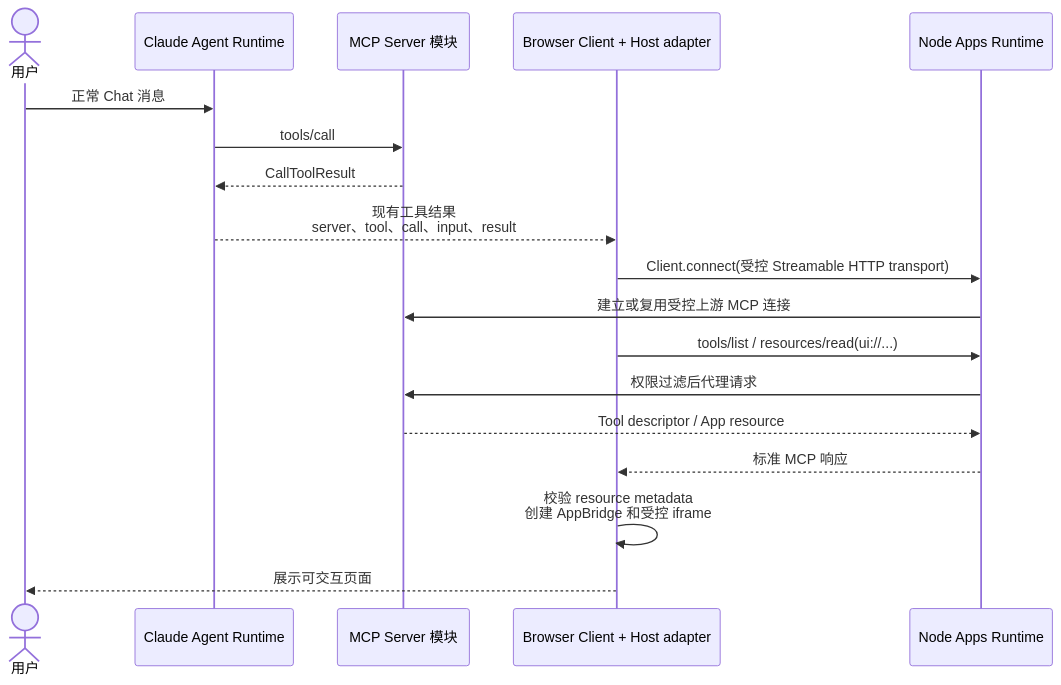
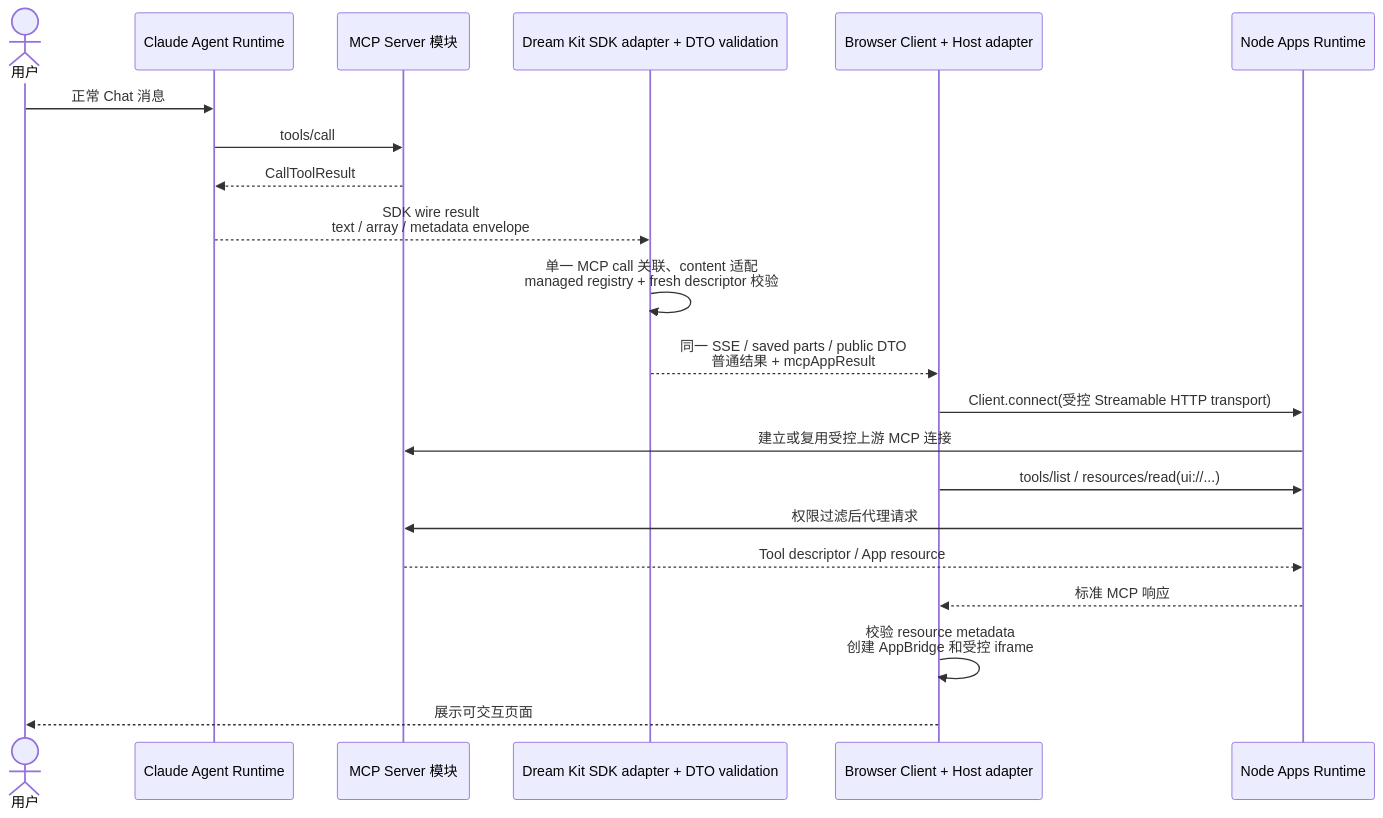
Before and after one commit to glide-the/im-dream: the second of 3 diagrams in docs/design/claude-agent/mcp-apps-integration-strategy.md, drawn with Mermaid. The commit also changed other lines of this file and 51 other files, not shown here.

````diff
--- a/docs/design/claude-agent/mcp-apps-integration-strategy.md
+++ b/docs/design/claude-agent/mcp-apps-integration-strategy.md
@@ -106,21 +115,24 @@
 ```mermaid
 sequenceDiagram
     actor U as 用户
     participant A as Claude Agent Runtime
     participant S as MCP Server 模块
+    participant P as Dream Kit SDK adapter + DTO validation
     participant B as Browser Client + Host adapter
     participant N as Node Apps Runtime
 
     U->>A: 正常 Chat 消息
     A->>S: tools/call
     S-->>A: CallToolResult
-    A-->>B: 现有工具结果<br/>server、tool、call、input、result
+    A-->>P: SDK wire result<br/>text / array / metadata envelope
+    P->>P: 单一 MCP call 关联、content 适配<br/>managed registry + fresh descriptor 校验
+    P-->>B: 同一 SSE / saved parts / public DTO<br/>普通结果 + mcpAppResult
     B->>N: Client.connect(受控 Streamable HTTP transport)
     N->>S: 建立或复用受控上游 MCP 连接
     B->>N: tools/list / resources/read(ui://...)
     N->>S: 权限过滤后代理请求
     S-->>N: Tool descriptor / App resource
     N-->>B: 标准 MCP 响应
     B->>B: 校验 resource metadata<br/>创建 AppBridge 和受控 iframe
     B-->>U: 展示可交互页面
 ```
````
